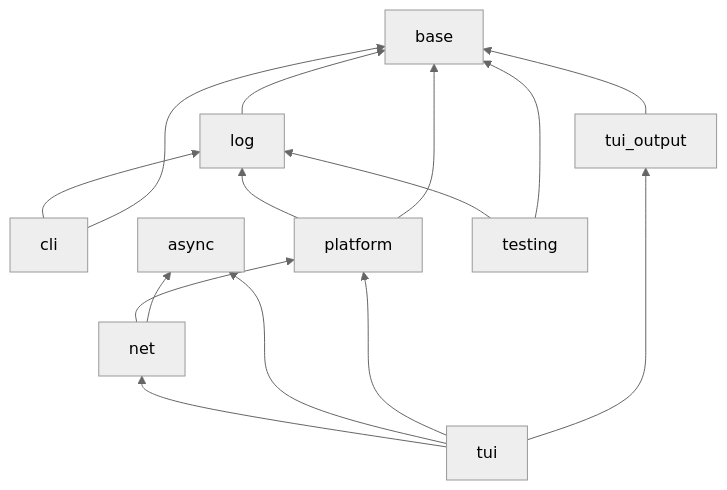
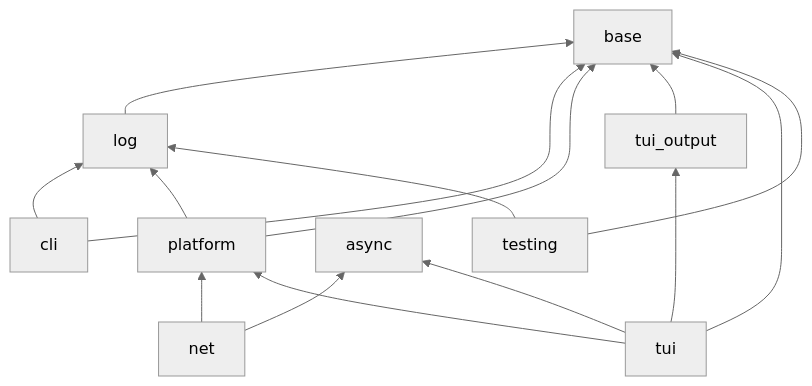
The diagram in docs/modules/index.md (contour-terminal/core-cpp), drawn with Mermaid (neutral theme) before and after one commit. The commit also changed other lines of this file and 161 other files, not shown here.

````diff
--- a/docs/modules/index.md
+++ b/docs/modules/index.md
@@ -35,17 +35,17 @@
 ```mermaid
 graph BT
     log --> base
     cli --> base
     cli --> log
     platform --> base
     platform --> log
     net --> async
     net --> platform
     tui_output --> base
+    tui --> base
     tui --> tui_output
     tui --> platform
     tui --> async
-    tui --> net
     testing --> base
     testing --> log
 ```
````
